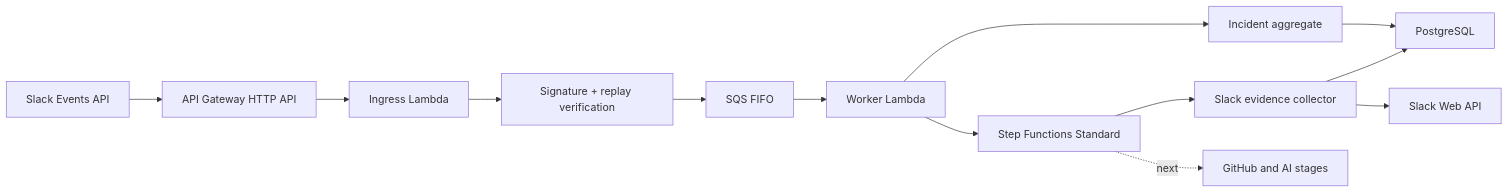
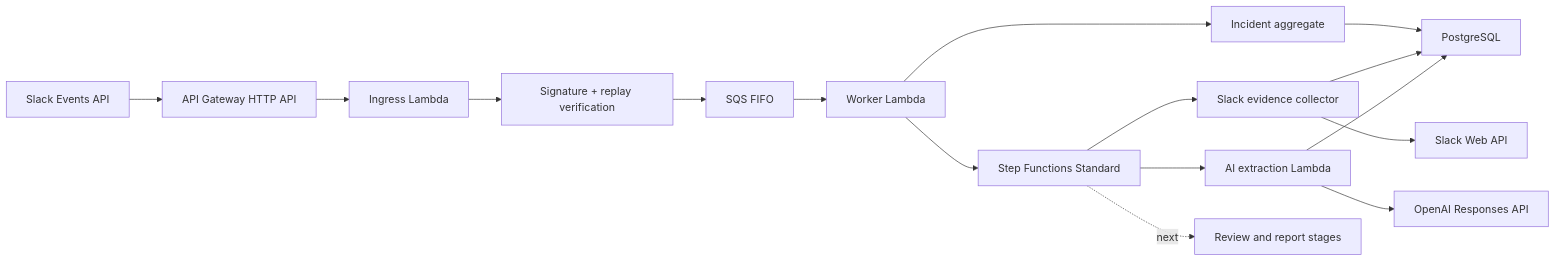
One commit to SharmaKunal14/slack-incidence-evidence changed the diagram in README.md. Above: the diagram before and after it, drawn with Mermaid. The commit also changed other lines of this file and 31 other files, not shown here.

````diff
--- a/README.md
+++ b/README.md
@@ -47,15 +60,18 @@
 ```mermaid
 flowchart LR
     Slack["Slack Events API"] --> Gateway["API Gateway HTTP API"]
     Gateway --> API["Ingress Lambda"]
     API --> Verify["Signature + replay verification"]
     Verify --> SQS["SQS FIFO"]
     SQS --> Worker["Worker Lambda"]
     Worker --> Domain["Incident aggregate"]
     Domain --> Postgres["PostgreSQL"]
     Worker --> SFN["Step Functions Standard"]
     SFN --> Collector["Slack evidence collector"]
     Collector --> SlackAPI["Slack Web API"]
     Collector --> Postgres
-    SFN -. "next" .-> Future["GitHub and AI stages"]
+    SFN --> Analyzer["AI extraction Lambda"]
+    Analyzer --> OpenAI["OpenAI Responses API"]
+    Analyzer --> Postgres
+    SFN -. "next" .-> Future["Review and report stages"]
 ```
````
